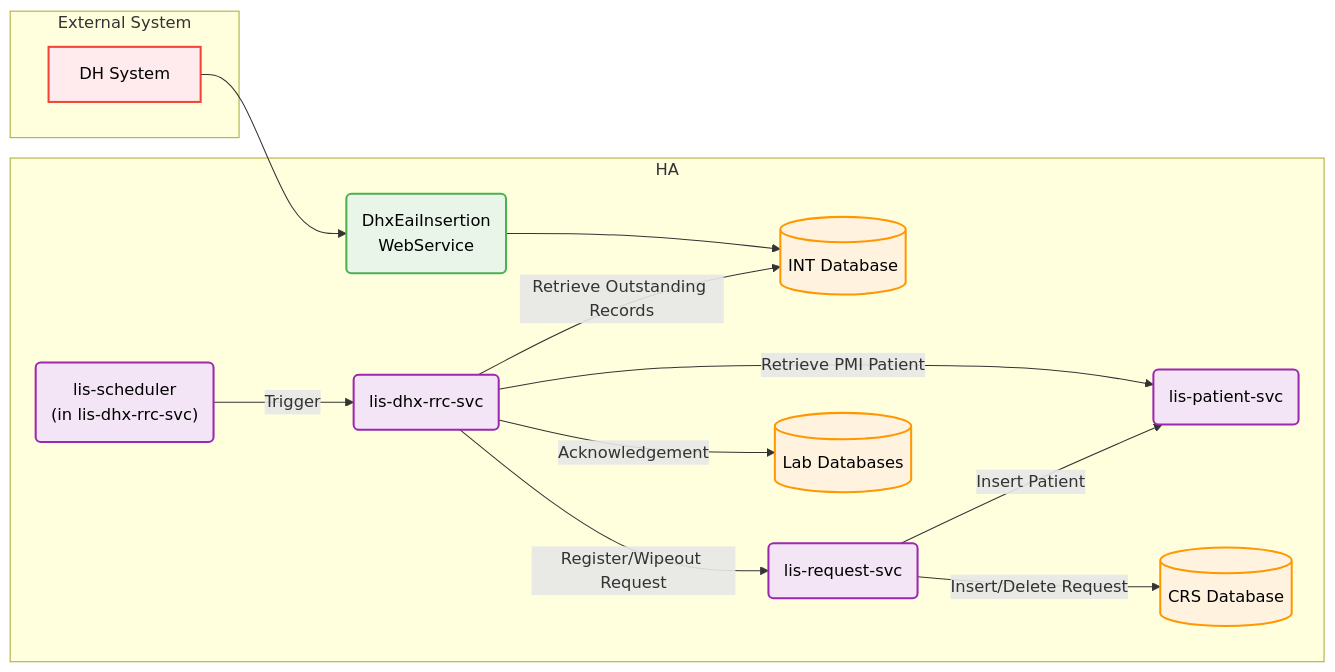
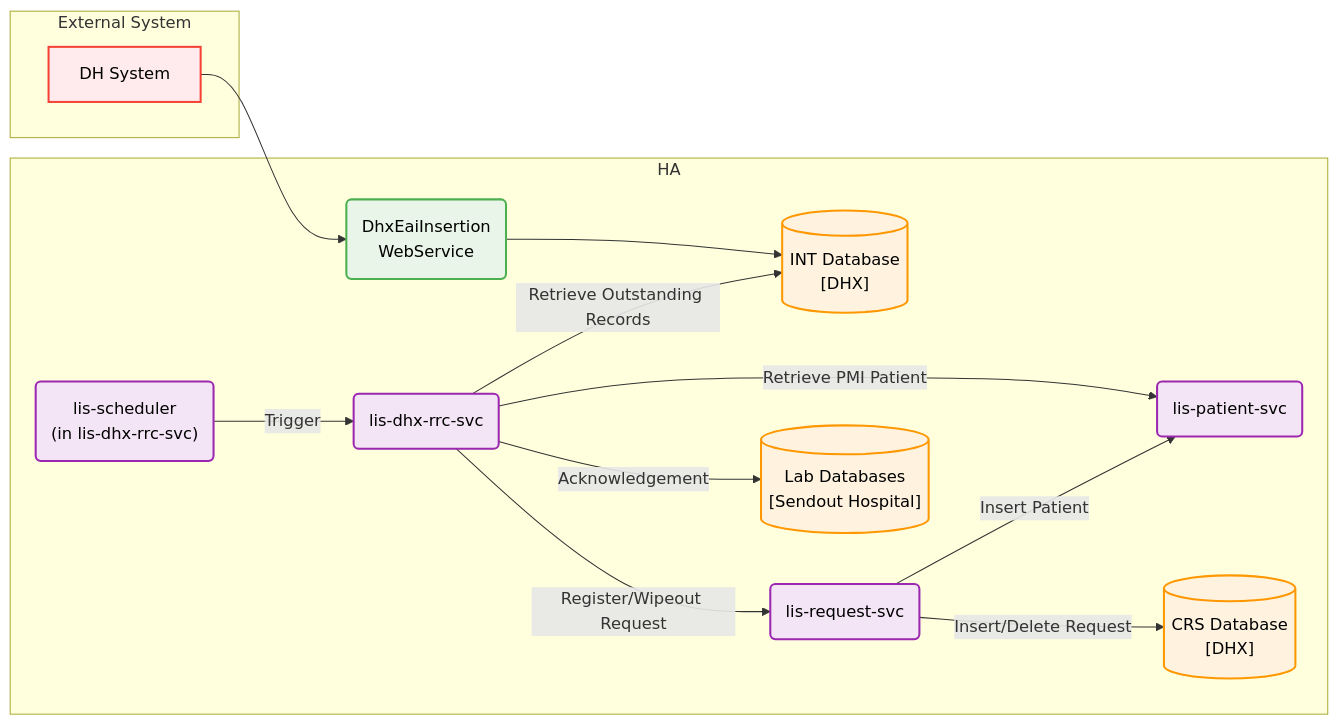
Before and after one commit to DragonChong/HA-Notes: the fourth of 4 diagrams in LIS/JIRA/Develop cloud application `lis-dhx-rrc-svc` to replace the legacy RRC worker and support dynamic Sybase-PostgreSQL database connectivity during DB migration.md, drawn with Mermaid.

Commit message:
vault backup: 2026-07-20 16:05:37

````diff
--- a/LIS/JIRA/Develop cloud application `lis-dhx-rrc-svc` to replace the legacy RRC worker and support dynamic Sybase-PostgreSQL database connectivity during DB migration.md
+++ b/LIS/JIRA/Develop cloud application `lis-dhx-rrc-svc` to replace the legacy RRC worker and support dynamic Sybase-PostgreSQL database connectivity during DB migration.md
@@ -249,36 +249,36 @@
 ```mermaid
 flowchart LR
     subgraph External["External System"]
             DH["DH System"]
     end
     subgraph Internal["HA"]
             WS("DhxEaiInsertion <br> WebService")
-            INT_DB[("INT Database")]
+            INT_DB[("INT Database<br>[DHX]")]
             SCH_SVC("lis-scheduler<br>(in lis-dhx-rrc-svc)")
             RRC_SVC("lis-dhx-rrc-svc")
             PAT_SVC("lis-patient-svc")
             REQ_SVC("lis-request-svc")
-            CRS_DB[("CRS Database")]
-            LAB_DB[("Lab Databases")]
+            CRS_DB[("CRS Database<br>[DHX]")]
+            LAB_DB[("Lab Databases<br>[Sendout Hospital]")]
     end
     DH --> WS
     WS --> INT_DB
     SCH_SVC -- Trigger--> RRC_SVC
     RRC_SVC -- Retrieve Outstanding Records --> INT_DB
     RRC_SVC -- Retrieve PMI Patient --> PAT_SVC
     RRC_SVC -- Register/Wipeout Request --> REQ_SVC
     REQ_SVC -- Insert/Delete Request --> CRS_DB
     REQ_SVC -- Insert Patient --> PAT_SVC
     RRC_SVC -- Acknowledgement --> LAB_DB
 
     classDef external fill:#ffebee,stroke:#f44336,stroke-width:2px,color:#000
     classDef internal fill:#e3f2fd,stroke:#2196f3,stroke-width:2px,color:#000
     classDef webservice fill:#e8f5e8,stroke:#4caf50,stroke-width:2px,color:#000
     classDef database fill:#fff3e0,stroke:#ff9800,stroke-width:2px,color:#000
     classDef service fill:#f3e5f5,stroke:#9c27b0,stroke-width:2px,color:#000
 
     class DH external
     class WS webservice
     class INT_DB,CRS_DB,LAB_DB database
     class RRC_SVC,PAT_SVC,REQ_SVC,SCH_SVC service
 ```
````
